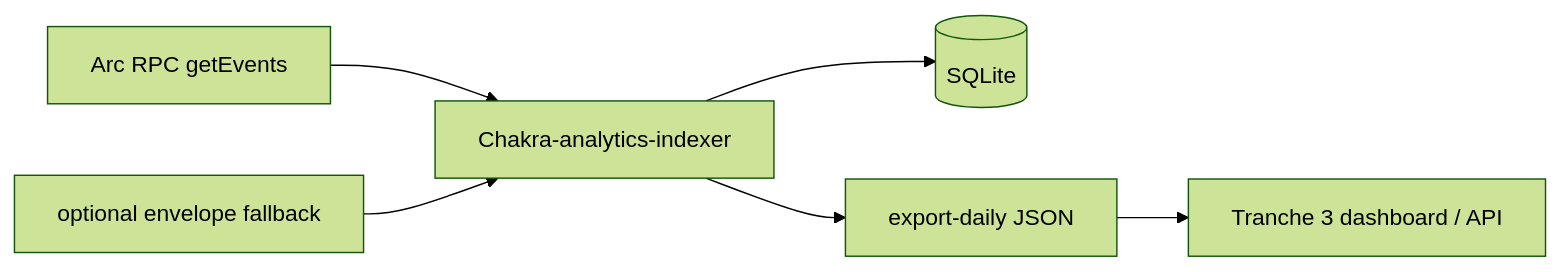
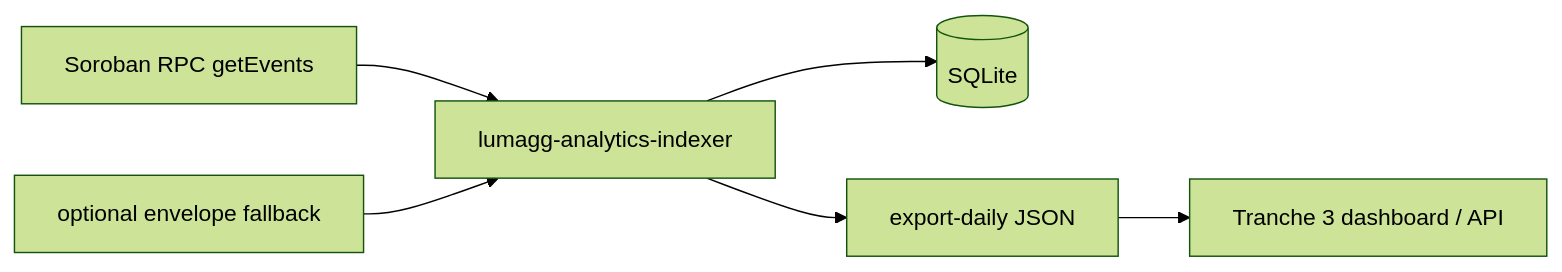
One commit to mangekyou-labs/chakra changed the diagram in docs/analytics-indexer.md. Above: the diagram before and after it, drawn with Mermaid (forest theme). The commit also changed other lines of this file and 701 other files, not shown here.

````diff
--- a/docs/analytics-indexer.md
+++ b/docs/analytics-indexer.md
@@ -29,8 +29,8 @@
 ```mermaid
 flowchart LR
-  RPC[Arc RPC getEvents] --> IDX[Chakra-analytics-indexer]
+  RPC[Soroban RPC getEvents] --> IDX[lumagg-analytics-indexer]
   ENV[optional envelope fallback] --> IDX
   IDX --> DB[(SQLite)]
   IDX --> EXP[export-daily JSON]
   EXP --> T3[Tranche 3 dashboard / API]
 ```
````
